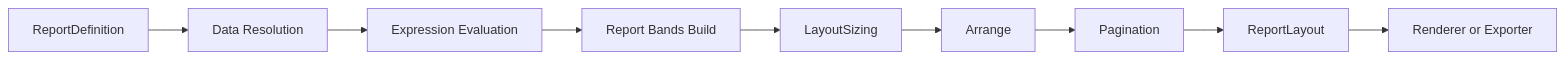
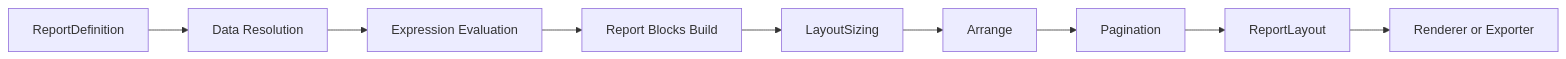
One commit to Netcodr81/kinetic-reports changed the diagram in docs/README.md. Above: the diagram before and after it, drawn with Mermaid. The commit also changed 49 other files, not shown here.

````diff
--- a/docs/README.md
+++ b/docs/README.md
@@ -34,11 +34,11 @@
 ```mermaid
 flowchart LR
 	A[ReportDefinition] --> B[Data Resolution]
 	B --> C[Expression Evaluation]
-	C --> D[Report Bands Build]
+	C --> D[Report Blocks Build]
 	D --> E[LayoutSizing]
 	E --> F[Arrange]
 	F --> G[Pagination]
 	G --> H[ReportLayout]
 	H --> I[Renderer or Exporter]
 ```
````
